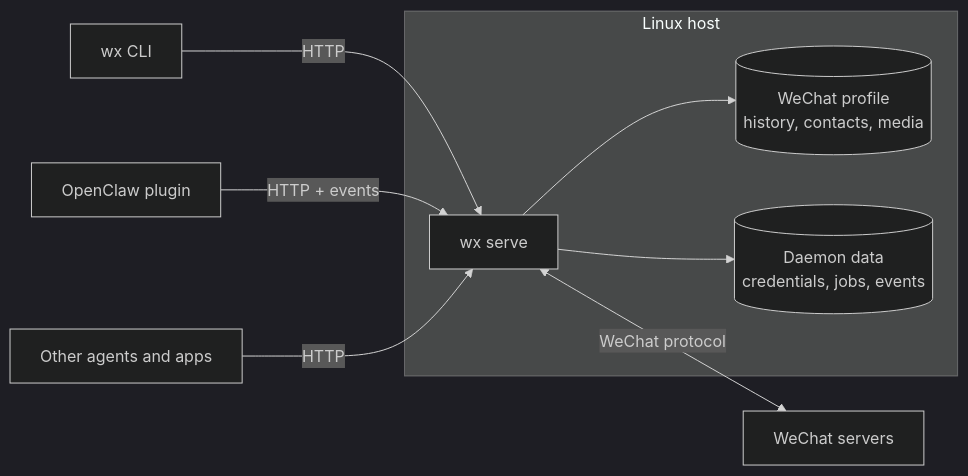
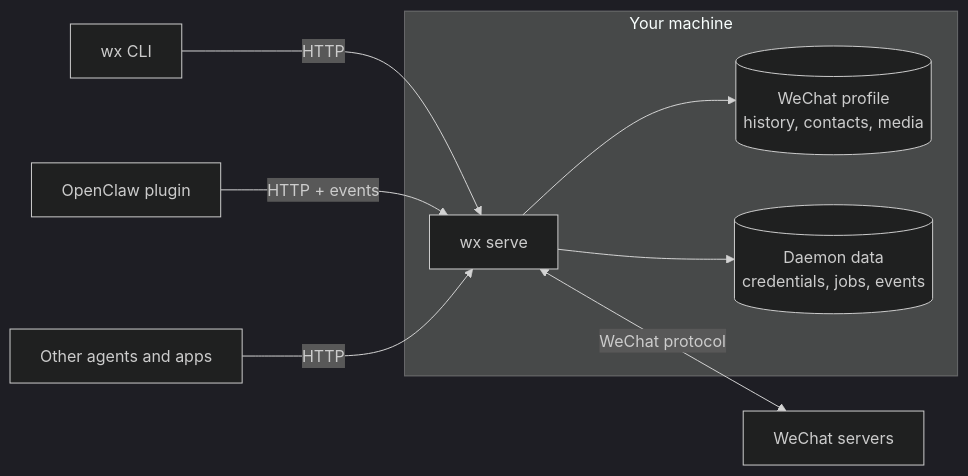
The diagram in docs/src/content/docs/how-it-works/architecture.mdx (atorber/agent-wechat), drawn with Mermaid (dark theme) before and after one commit. The commit also changed other lines of this file and 13 other files, not shown here.

````diff
--- a/docs/src/content/docs/how-it-works/architecture.mdx
+++ b/docs/src/content/docs/how-it-works/architecture.mdx
@@ -8,18 +8,18 @@
 ```mermaid
 flowchart LR
   CLI[wx CLI]
   OC[OpenClaw plugin]
   App[Other agents and apps]
-  subgraph Host["Linux host"]
+  subgraph Host["Your machine"]
     W["wx serve"]
     P[("WeChat profile<br/>history, contacts, media")]
     S[("Daemon data<br/>credentials, jobs, events")]
   end
   WS[WeChat servers]
   CLI -- "HTTP" --> W
   OC -- "HTTP + events" --> W
   App -- "HTTP" --> W
   W --> P
   W --> S
   W <-- "WeChat protocol" --> WS
 ```
````
